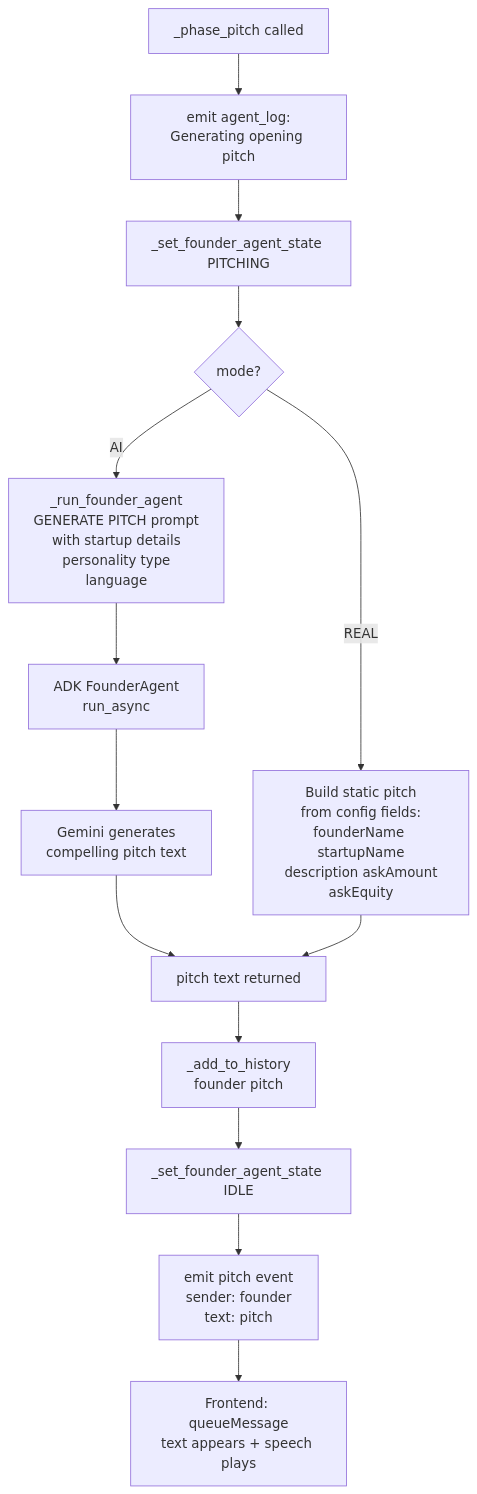
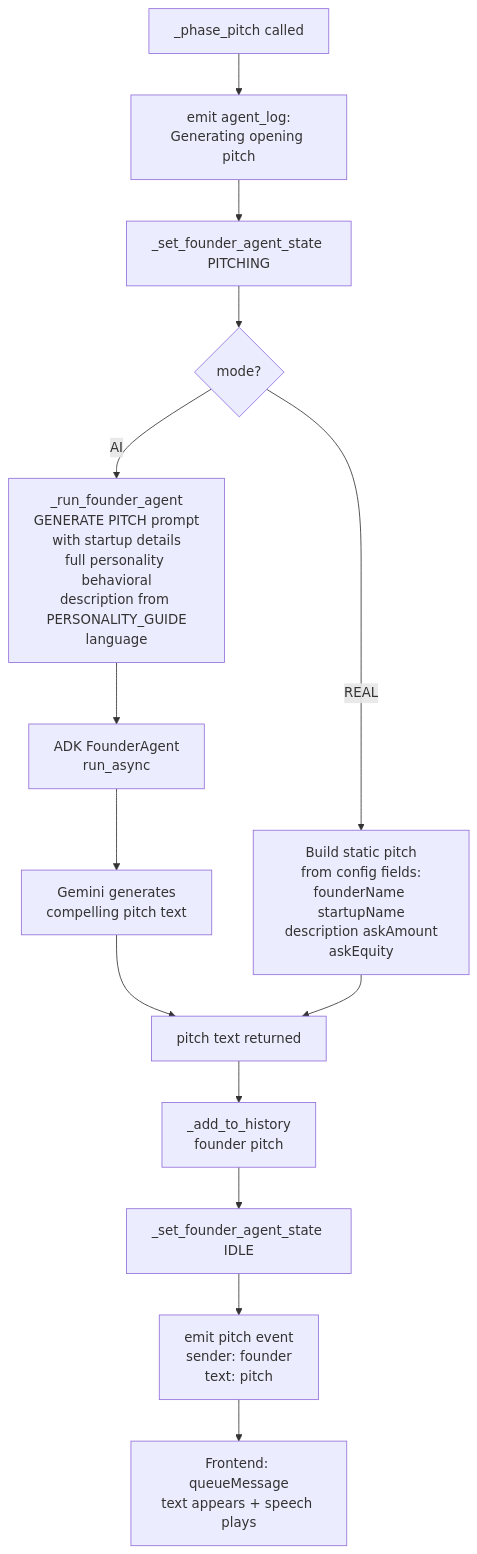
The sixth of 18 diagrams in FLOWS.md (Abdul-Aleey/VC-SharkTank-Simulator-Gemini), drawn with Mermaid before and after one commit. The commit also changed other lines of this file and 4 other files, not shown here.

````diff
--- a/FLOWS.md
+++ b/FLOWS.md
@@ -249,19 +249,19 @@
 ```mermaid
 flowchart TD
     A[_phase_pitch called] --> B[emit agent_log:\nGenerating opening pitch]
     B --> C[_set_founder_agent_state PITCHING]
     C --> D{mode?}
 
-    D -->|AI| E[_run_founder_agent\nGENERATE PITCH prompt\nwith startup details\npersonality type\nlanguage]
+    D -->|AI| E[_run_founder_agent\nGENERATE PITCH prompt\nwith startup details\nfull personality behavioral\ndescription from PERSONALITY_GUIDE\nlanguage]
     E --> F[ADK FounderAgent\nrun_async]
     F --> G[Gemini generates\ncompelling pitch text]
     G --> H[pitch text returned]
 
     D -->|REAL| I[Build static pitch\nfrom config fields:\nfounderName startupName\ndescription askAmount\naskEquity]
     I --> H
 
     H --> J[_add_to_history\nfounder pitch]
     J --> K[_set_founder_agent_state IDLE]
     K --> L[emit pitch event\nsender: founder\ntext: pitch]
     L --> M[Frontend: queueMessage\ntext appears + speech plays]
 ```
````
